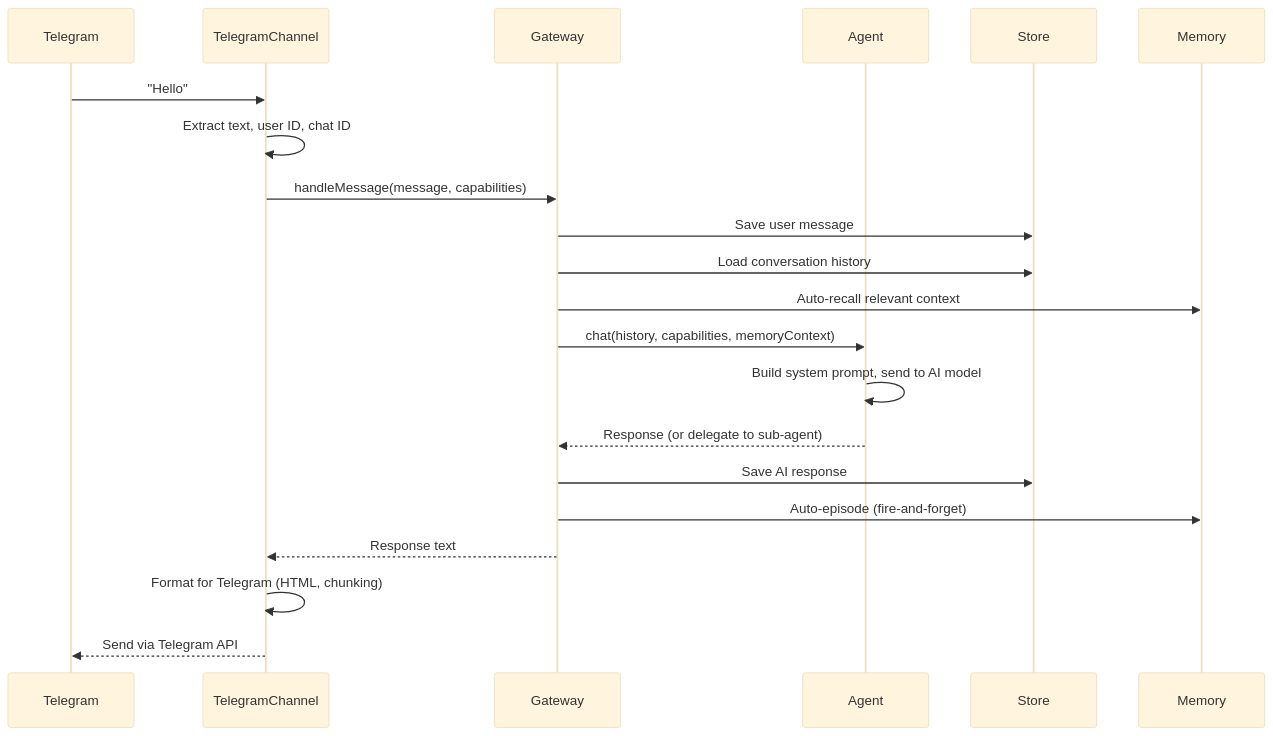
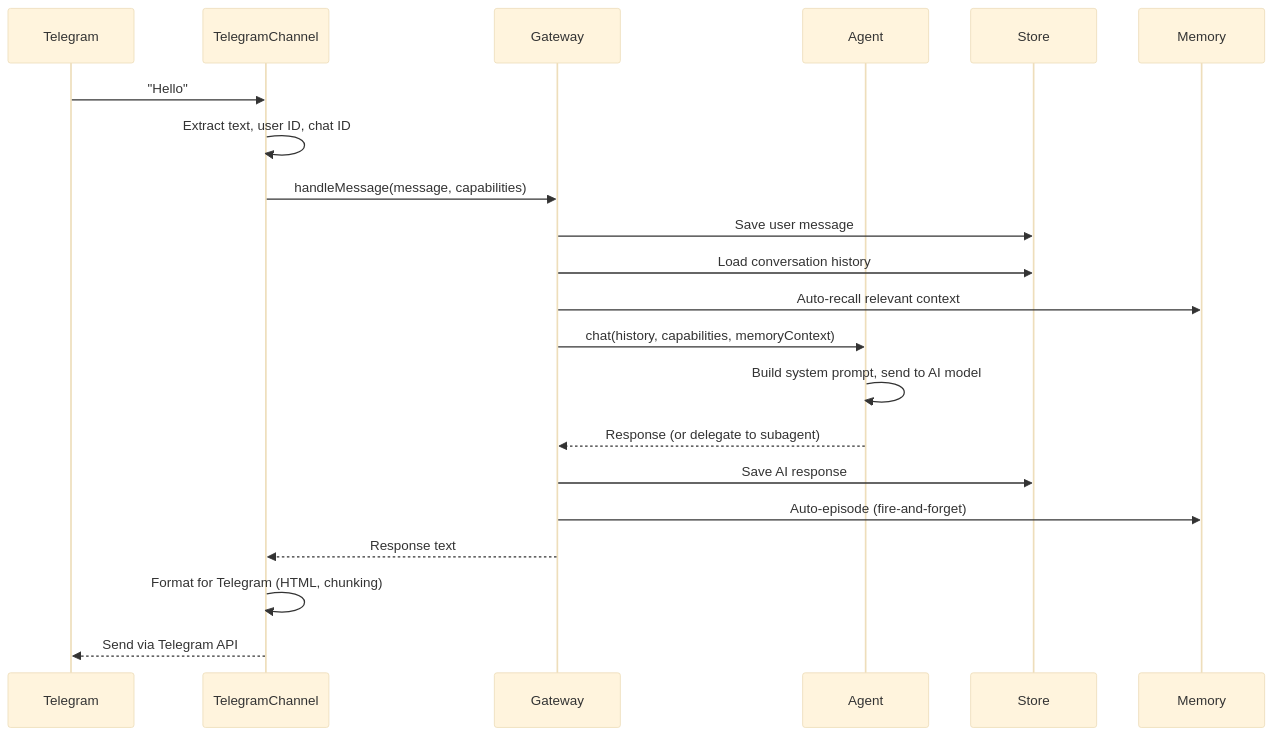
Before and after one commit to buttersmoothio/pandora: the second of 3 diagrams in packages/docs/content/reference/architecture.mdx, drawn with Mermaid (base theme). The commit also changed other lines of this file and 22 other files, not shown here.

````diff
--- a/packages/docs/content/reference/architecture.mdx
+++ b/packages/docs/content/reference/architecture.mdx
@@ -75,24 +75,24 @@
 ```mermaid
 sequenceDiagram
   participant User as Telegram
   participant Channel as TelegramChannel
   participant GW as Gateway
   participant Agent
   participant Store
   participant Memory
 
   User->>Channel: "Hello"
   Channel->>Channel: Extract text, user ID, chat ID
   Channel->>GW: handleMessage(message, capabilities)
   GW->>Store: Save user message
   GW->>Store: Load conversation history
   GW->>Memory: Auto-recall relevant context
   GW->>Agent: chat(history, capabilities, memoryContext)
   Agent->>Agent: Build system prompt, send to AI model
-  Agent-->>GW: Response (or delegate to sub-agent)
+  Agent-->>GW: Response (or delegate to subagent)
   GW->>Store: Save AI response
   GW->>Memory: Auto-episode (fire-and-forget)
   GW-->>Channel: Response text
   Channel->>Channel: Format for Telegram (HTML, chunking)
   Channel-->>User: Send via Telegram API
 ```
````
